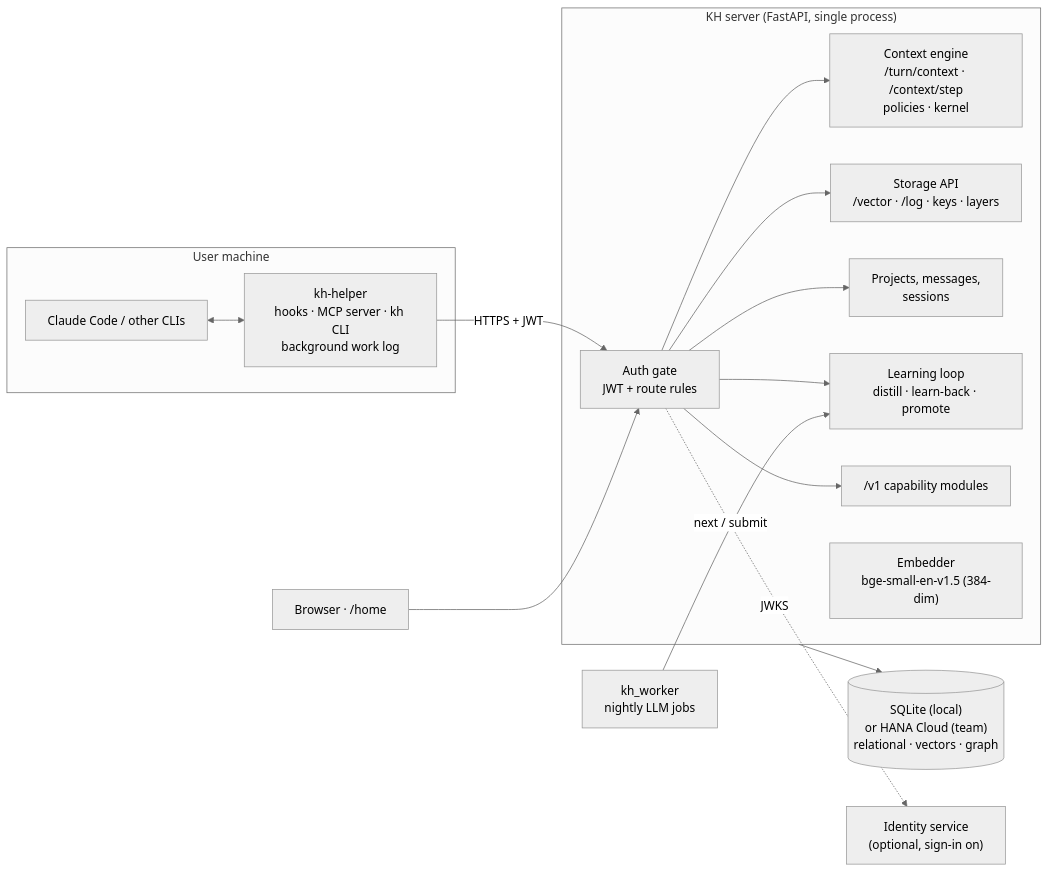
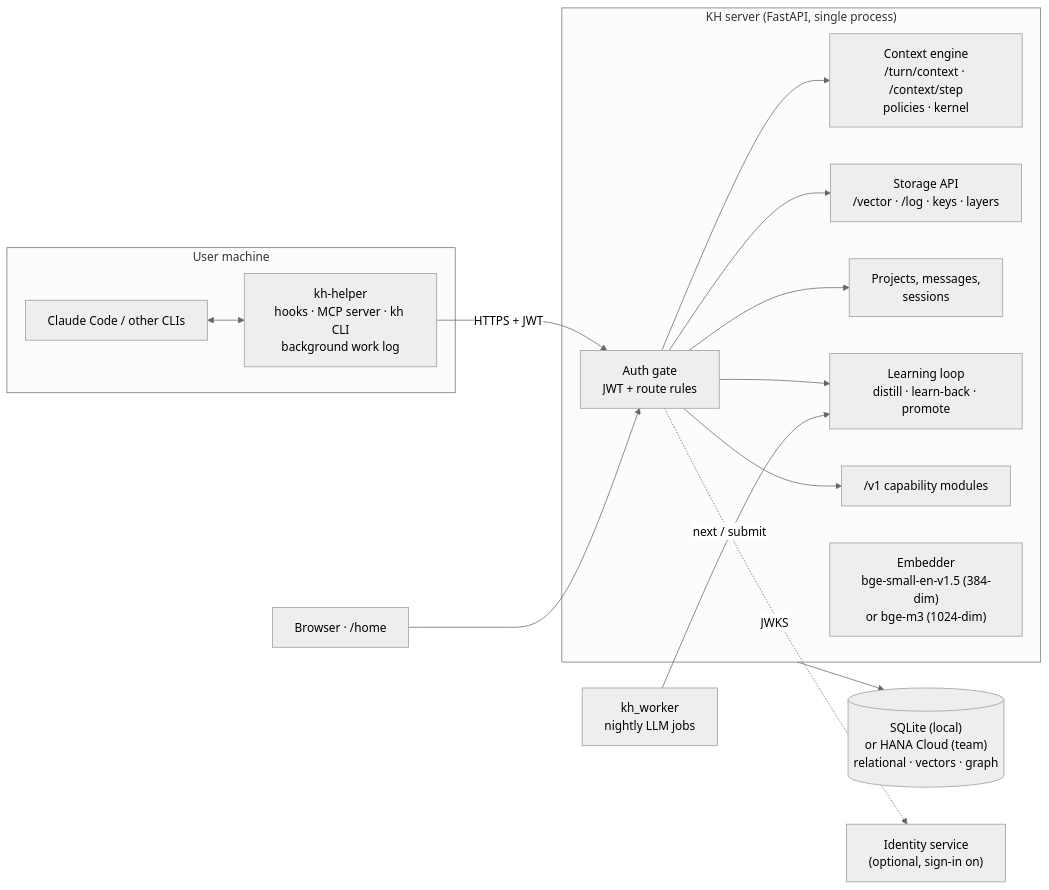
One commit to ViHa0509/knowlegeHub changed the diagram in README.md. Above: the diagram before and after it, drawn with Mermaid (neutral theme). The commit also changed other lines of this file and 1 other file, not shown here.

Commit message:
README for the KH 7.1 upgrade: what is built, bge-m3, sync, new settings

````diff
--- a/README.md
+++ b/README.md
@@ -48,27 +52,27 @@
 ```mermaid
 flowchart LR
     subgraph Client["User machine"]
         CC["Claude Code / other CLIs"]
         H["kh-helper<br/>hooks · MCP server · kh CLI<br/>background work log"]
         CC <--> H
     end
     B["Browser · /home"]
     subgraph Server["KH server (FastAPI, single process)"]
         A["Auth gate<br/>JWT + route rules"]
         CE["Context engine<br/>/turn/context · /context/step<br/>policies · kernel"]
         ST["Storage API<br/>/vector · /log · keys · layers"]
         PP["Projects, messages,<br/>sessions"]
         LL["Learning loop<br/>distill · learn-back · promote"]
         V1["/v1 capability modules"]
-        EM["Embedder<br/>bge-small-en-v1.5 (384-dim)"]
+        EM["Embedder<br/>bge-small-en-v1.5 (384-dim)<br/>or bge-m3 (1024-dim)"]
     end
     DB[("SQLite (local)<br/>or HANA Cloud (team)<br/>relational · vectors · graph")]
     KC["Identity service<br/>(optional, sign-in on)"]
     W["kh_worker<br/>nightly LLM jobs"]
     H -- "HTTPS + JWT" --> A
     B --> A
     A --> CE & ST & PP & LL & V1
     Server --> DB
     A -. JWKS .-> KC
     W -- "next / submit" --> LL
 ```
````
